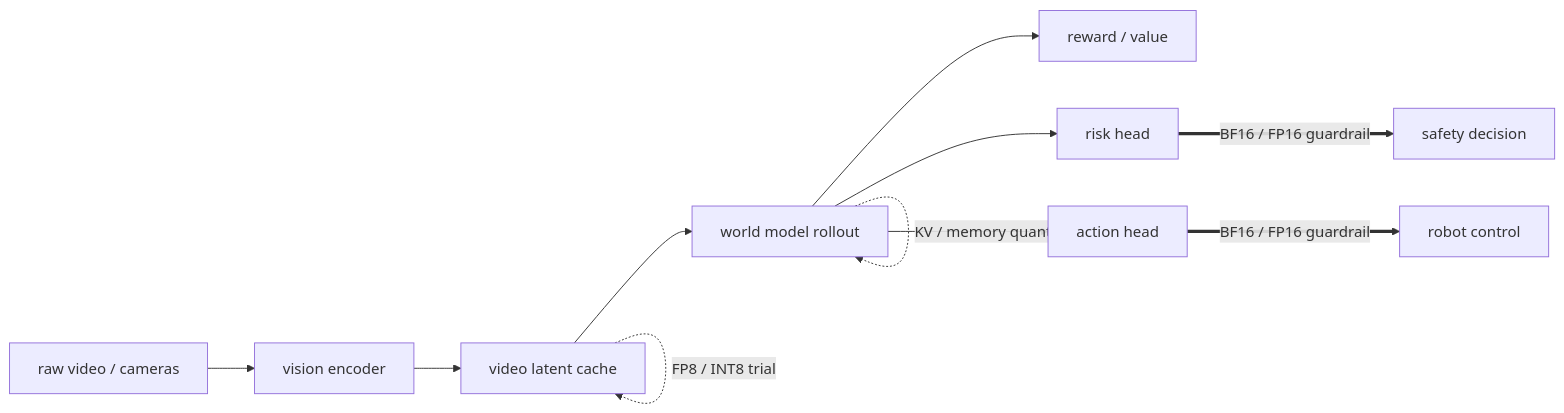
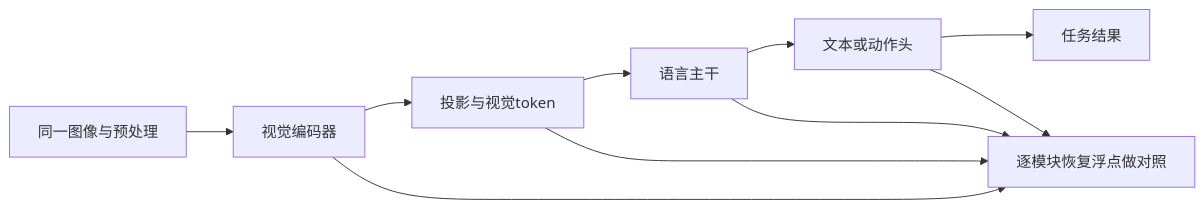
The diagram in files/quantization/quantization-for-multimodal-and-vla-models.md (Charles2530/Charles-AI-notes), drawn with Mermaid before and after one commit. The commit also changed other lines of this file and 954 other files, not shown here.

````diff
--- a/files/quantization/quantization-for-multimodal-and-vla-models.md
+++ b/files/quantization/quantization-for-multimodal-and-vla-models.md
@@ -80,13 +12,8 @@
 ```mermaid
 flowchart LR
-    A["raw video / cameras"] --> B["vision encoder"]
-    B --> C["video latent cache"]
-    C --> D["world model rollout"]
-    D --> E["reward / value"]
-    D --> F["risk head"]
-    D --> G["action head"]
-    C -. "FP8 / INT8 trial" .-> C
-    D -. "KV / memory quant" .-> D
-    F == "BF16 / FP16 guardrail" ==> H["safety decision"]
-    G == "BF16 / FP16 guardrail" ==> I["robot control"]
+  I["同一图像与预处理"] --> E["视觉编码器"] --> P["投影与视觉token"] --> L["语言主干"] --> H["文本或动作头"] --> T["任务结果"]
+  E --> C["逐模块恢复浮点做对照"]
+  P --> C
+  L --> C
+  H --> C
 ```
````
